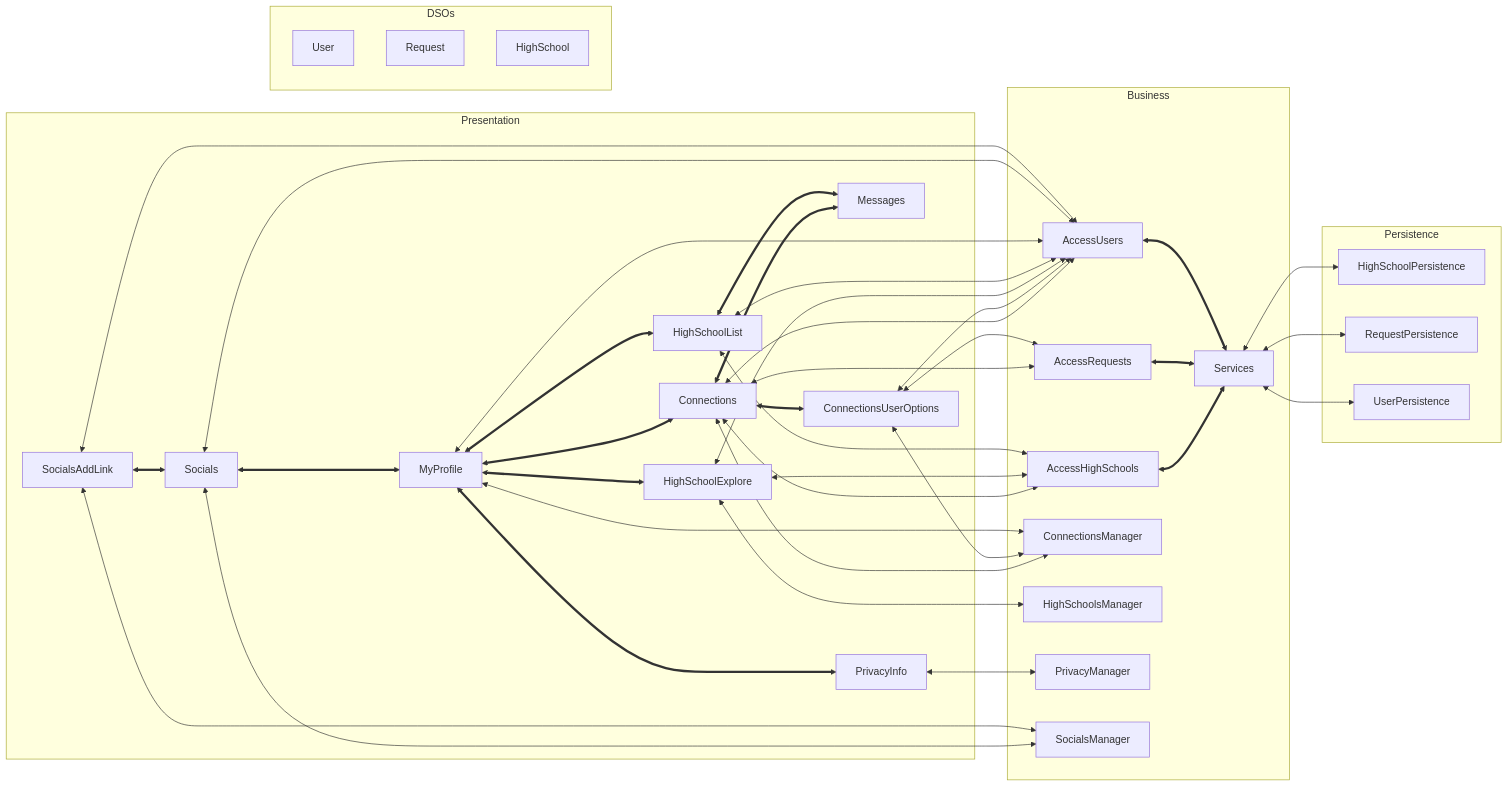
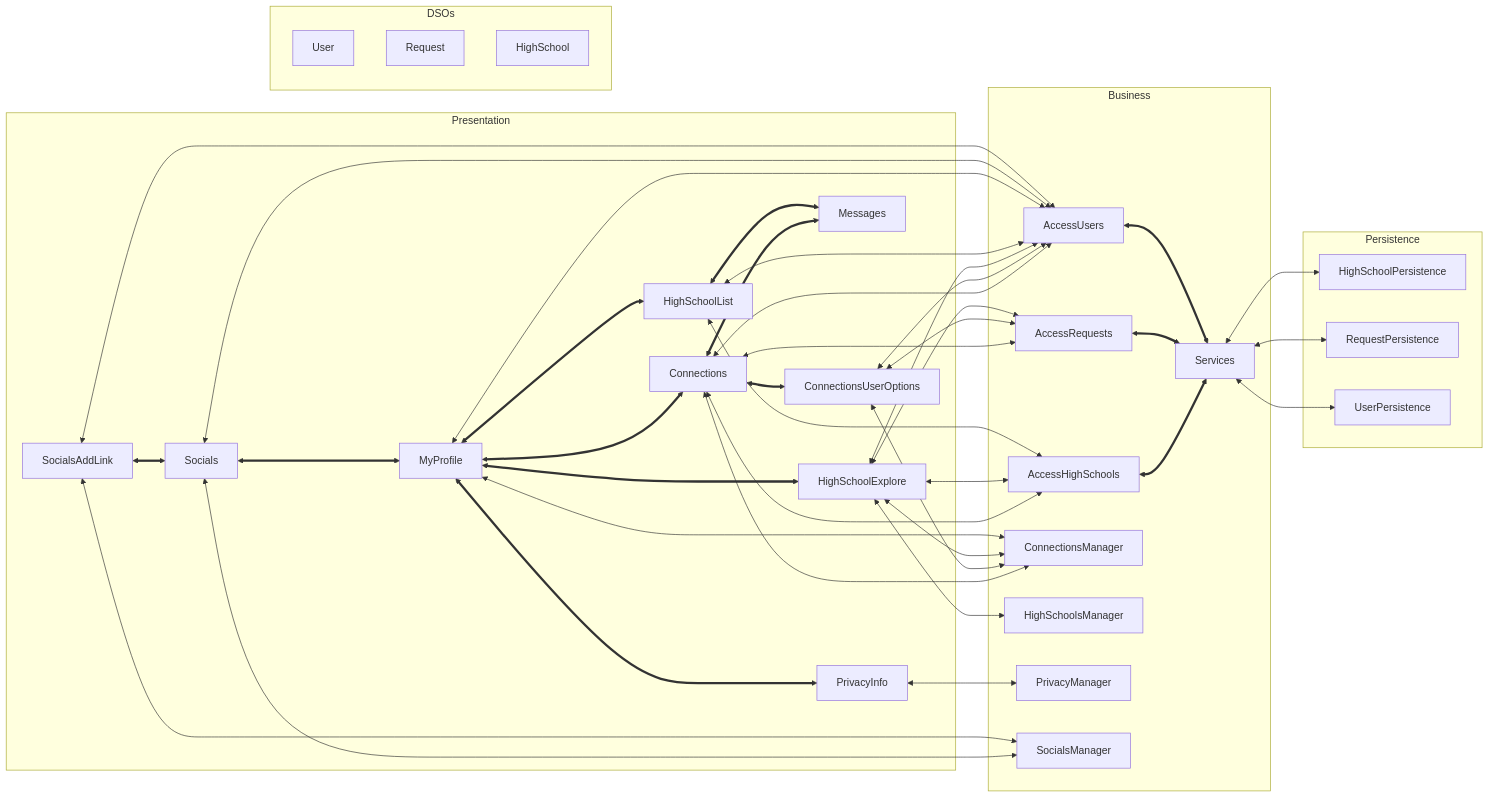
One commit to khaledElgohary/high-school-hub changed the diagram in docs/ARCHITECTURE.md. Above: the diagram before and after it, drawn with Mermaid.

````diff
--- a/docs/ARCHITECTURE.md
+++ b/docs/ARCHITECTURE.md
@@ -4,50 +4,50 @@
 ```mermaid
 %% Note: In case the diagram is not rendering properly, a backup can be found at https://code.cs.umanitoba.ca/3350-summer2023/highschool-hub/-/blob/main/docs/mermaid-diagram-backup.png.
 
   flowchart LR
     %% Links between nodes of different subgraphs
     Connections <--> AccessHighSchools & AccessRequests & AccessUsers & ConnectionsManager
     ConnectionsUserOptions <--> AccessRequests & AccessUsers & ConnectionsManager
-    HighSchoolExplore <---> AccessHighSchools & AccessUsers & HighSchoolsManager
+    HighSchoolExplore <--> AccessHighSchools & AccessRequests & AccessUsers & ConnectionsManager & HighSchoolsManager
     HighSchoolList <---> AccessUsers & AccessHighSchools
     MyProfile <--> AccessUsers & ConnectionsManager
     PrivacyInfo <--> PrivacyManager
     Socials <--> AccessUsers & SocialsManager
     SocialsAddLink <--> AccessUsers & SocialsManager
 
     Services <--> HighSchoolPersistence & RequestPersistence & UserPersistence
 
     subgraph Presentation
     Connections <==> ConnectionsUserOptions
     MyProfile <==> Connections
     MyProfile <==> HighSchoolExplore
     MyProfile <==> HighSchoolList
     MyProfile <==> PrivacyInfo
     Socials <==> MyProfile
     SocialsAddLink <==> Socials
     Connections & HighSchoolList <==> Messages
     end
 
     subgraph Business
     AccessHighSchools & AccessRequests & AccessUsers <==> Services
     ConnectionsManager
     HighSchoolsManager
     PrivacyManager
     SocialsManager
     end
 
     subgraph Persistence
     HighSchoolPersistence
     RequestPersistence
     UserPersistence
     end
 
     subgraph DSOs
     User
     Request
     HighSchool
     end
 
     %% Invisible link(s) to keep graphs together
     DSOs ~~~ Presentation
 ```
````
